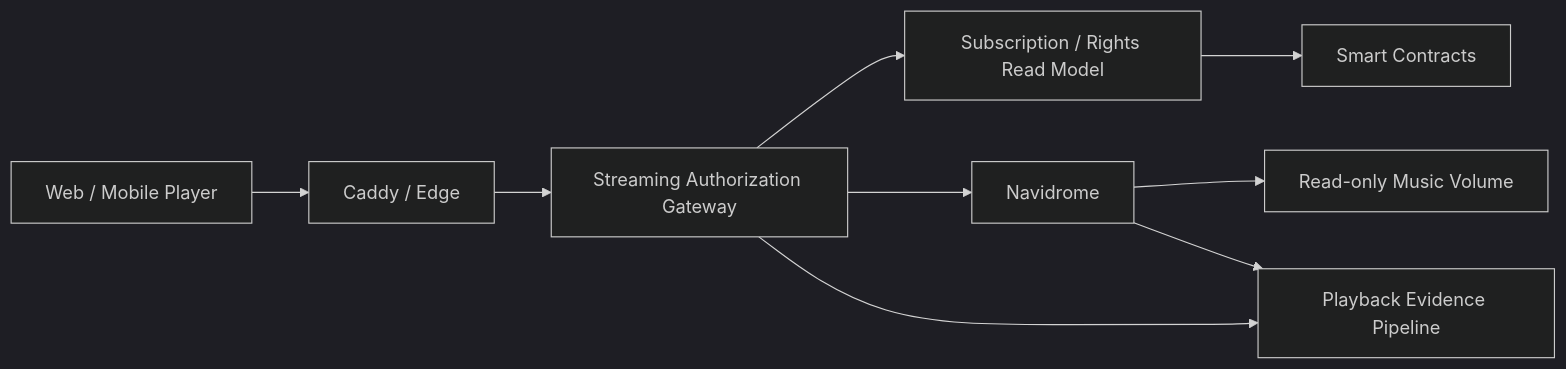
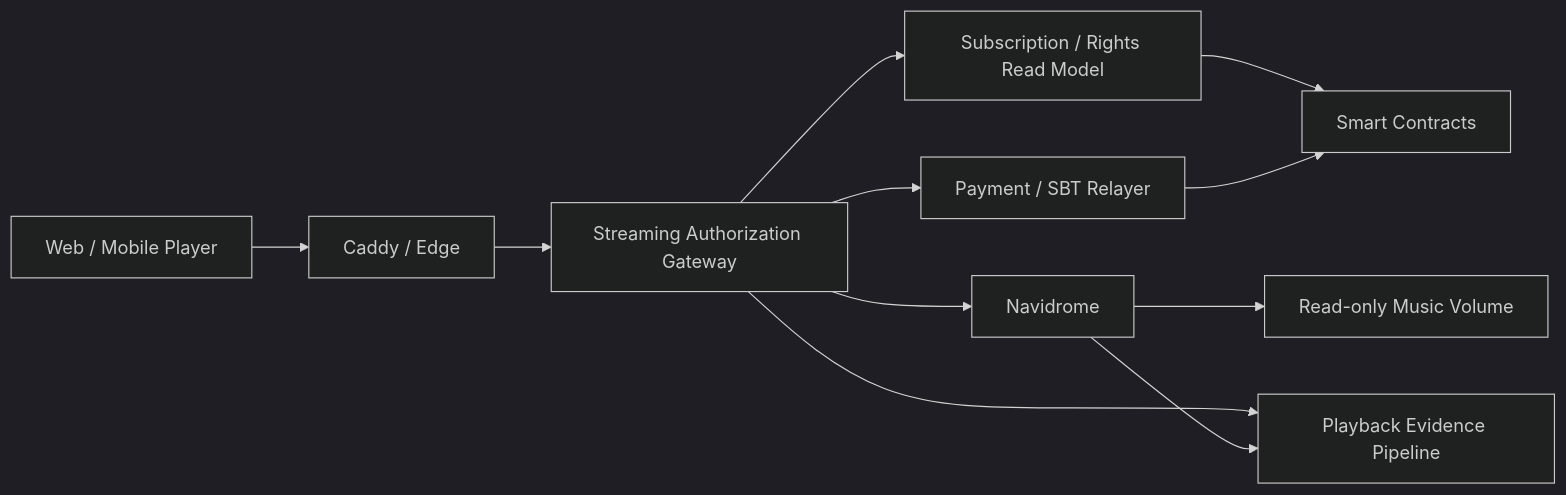
One commit to ShigeichiroYamasaki/creator-first-platform changed the first of 3 diagrams in docs/adr/ADR-0009-navidrome-streaming-gateway.md. Above: the diagram before and after it, drawn with Mermaid (dark theme). The commit also changed other lines of this file and 16 other files, not shown here.

Commit message:
Align JPYC payments and sponsored SBT flows

````diff
--- a/docs/adr/ADR-0009-navidrome-streaming-gateway.md
+++ b/docs/adr/ADR-0009-navidrome-streaming-gateway.md
@@ -35,18 +35,20 @@
 ```mermaid
 flowchart LR
     PLAYER[Web / Mobile Player]
     EDGE[Caddy / Edge]
     GATEWAY[Streaming Authorization Gateway]
     READ[Subscription / Rights Read Model]
     NAVI[Navidrome]
     MUSIC[Read-only Music Volume]
     EVENTS[Playback Evidence Pipeline]
     CHAIN[Smart Contracts]
+    RELAYER[Payment / SBT Relayer]
 
     PLAYER --> EDGE --> GATEWAY
     GATEWAY --> READ
     READ --> CHAIN
     GATEWAY --> NAVI --> MUSIC
     GATEWAY --> EVENTS
     NAVI --> EVENTS
+    GATEWAY --> RELAYER --> CHAIN
 ```
````
